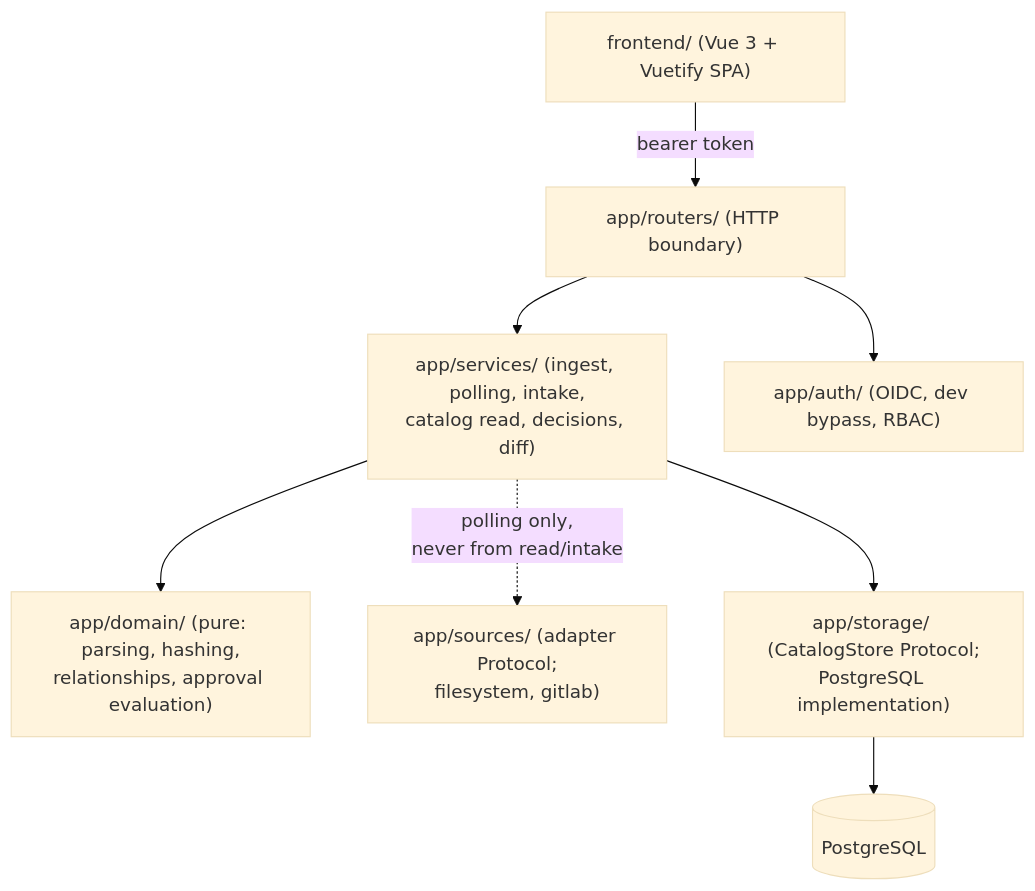
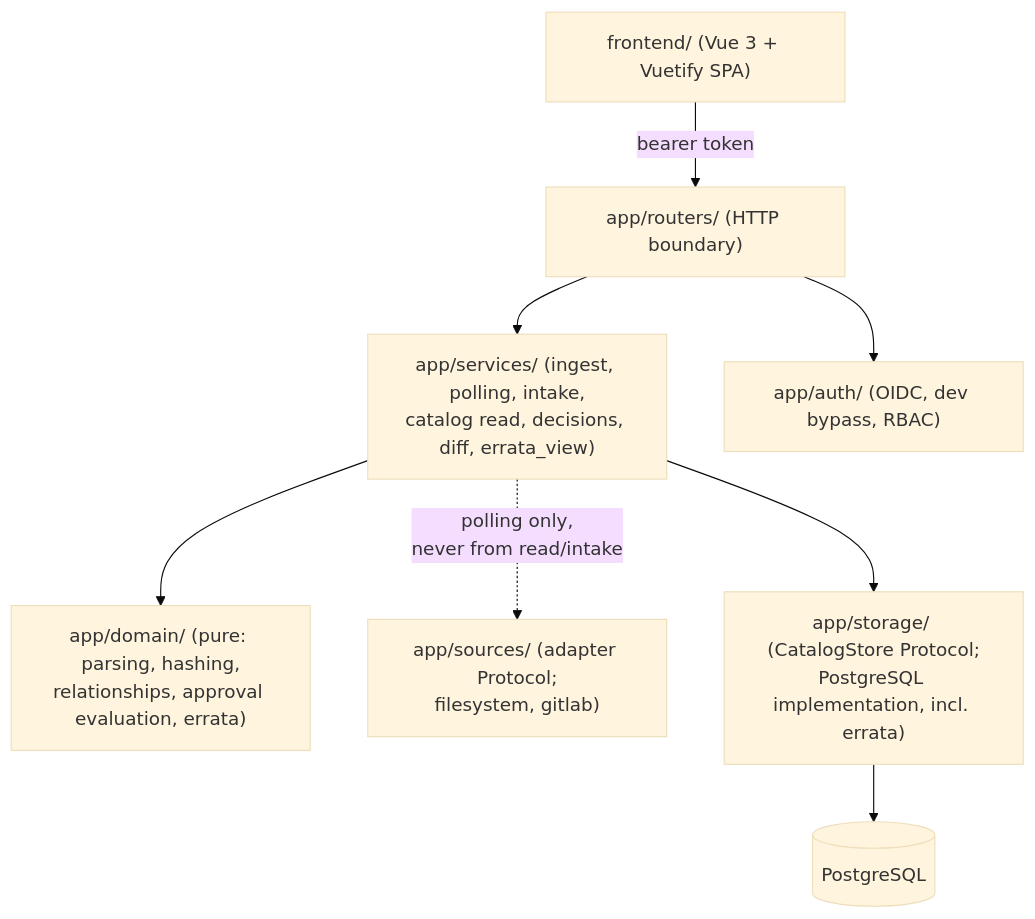
The first of 4 diagrams in docs/architecture.md (exhuma/adriano), drawn with Mermaid (base theme) before and after one commit. The commit also changed 7 other files, not shown here.

````diff
--- a/docs/architecture.md
+++ b/docs/architecture.md
@@ -14,19 +14,19 @@
 ```mermaid
 graph TD
     UI["frontend/ (Vue 3 + Vuetify SPA)"]
     Routers["app/routers/ (HTTP boundary)"]
-    Services["app/services/ (ingest, polling, intake,\ncatalog read, decisions, diff)"]
-    Domain["app/domain/ (pure: parsing, hashing,\nrelationships, approval evaluation)"]
+    Services["app/services/ (ingest, polling, intake,\ncatalog read, decisions, diff, errata_view)"]
+    Domain["app/domain/ (pure: parsing, hashing,\nrelationships, approval evaluation, errata)"]
     Sources["app/sources/ (adapter Protocol;\nfilesystem, gitlab)"]
-    Storage["app/storage/ (CatalogStore Protocol;\nPostgreSQL implementation)"]
+    Storage["app/storage/ (CatalogStore Protocol;\nPostgreSQL implementation, incl. errata)"]
     Auth["app/auth/ (OIDC, dev bypass, RBAC)"]
     DB[(PostgreSQL)]
 
     UI -->|"bearer token"| Routers
     Routers --> Auth
     Routers --> Services
     Services --> Domain
     Services --> Storage
     Services -.->|"polling only,\nnever from read/intake"| Sources
     Storage --> DB
 ```
````
